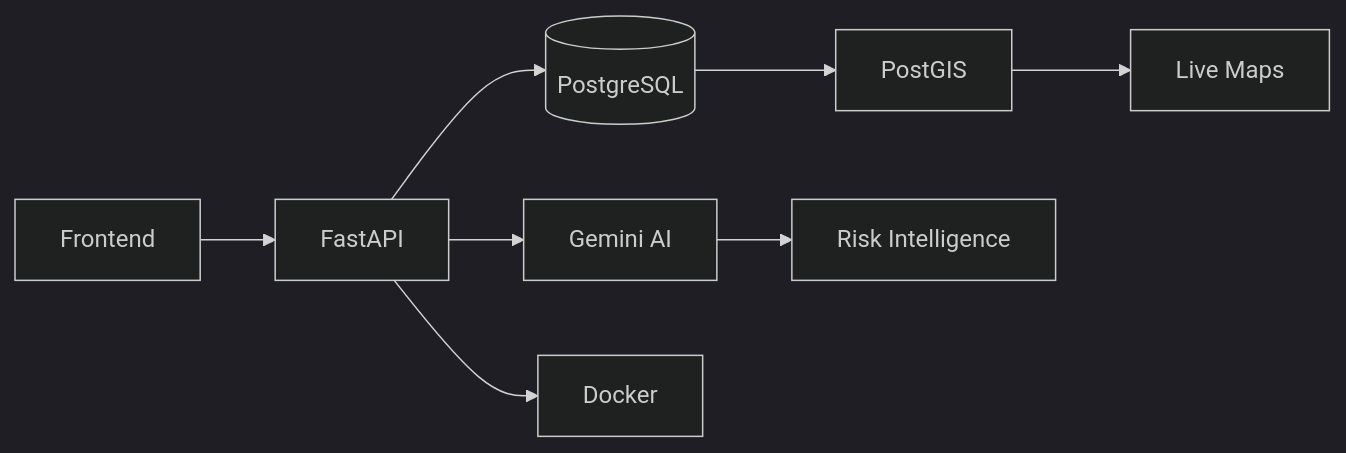
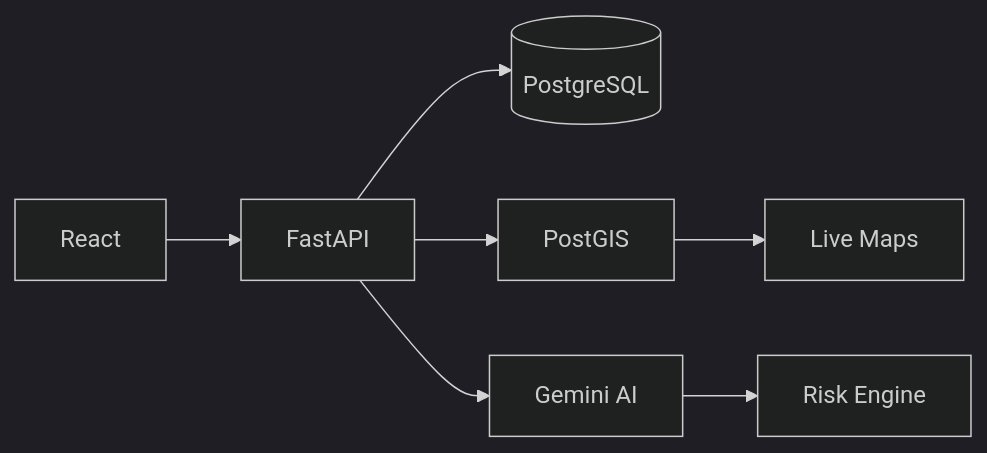
One commit to iamdevdhanush/iamdevdhanush changed the diagram in README.md. Above: the diagram before and after it, drawn with Mermaid (dark theme). The commit also changed other lines of this file, not shown here.

````diff
--- a/README.md
+++ b/README.md
@@ -67,10 +40,9 @@
 ```mermaid
 flowchart LR
-A[Frontend] --> B[FastAPI]
-B --> C[(PostgreSQL)]
-B --> D[Gemini AI]
-B --> E[Docker]
-C --> F[PostGIS]
-D --> G[Risk Intelligence]
-F --> H[Live Maps]
+UI[React] --> API[FastAPI]
+API --> DB[(PostgreSQL)]
+API --> GIS[PostGIS]
+API --> AI[Gemini AI]
+AI --> Risk[Risk Engine]
+GIS --> Maps[Live Maps]
 ```
````
